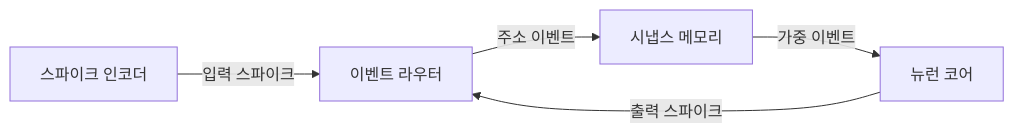
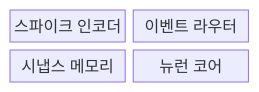
The first of 2 diagrams in src/content/docs/notes/02-hardware/051_neuromorphic_computing.md (agnusdei1207/knowledge-base), drawn with Mermaid before and after one commit. The commit also changed other lines of this file and 20 other files, not shown here.

````diff
--- a/src/content/docs/notes/02-hardware/051_neuromorphic_computing.md
+++ b/src/content/docs/notes/02-hardware/051_neuromorphic_computing.md
@@ -64,11 +62,8 @@
 ```mermaid
-flowchart LR
-    E[스파이크 인코더]
-    R[이벤트 라우터]
-    M[시냅스 메모리]
-    N[뉴런 코어]
-    E -->|입력 스파이크| R
-    R -->|주소 이벤트| M
-    M -->|가중 이벤트| N
-    N -->|출력 스파이크| R
+block
+    columns 2
+    E["스파이크 인코더"]
+    R["이벤트 라우터"]
+    M["시냅스 메모리"]
+    N["뉴런 코어"]
 ```
````
